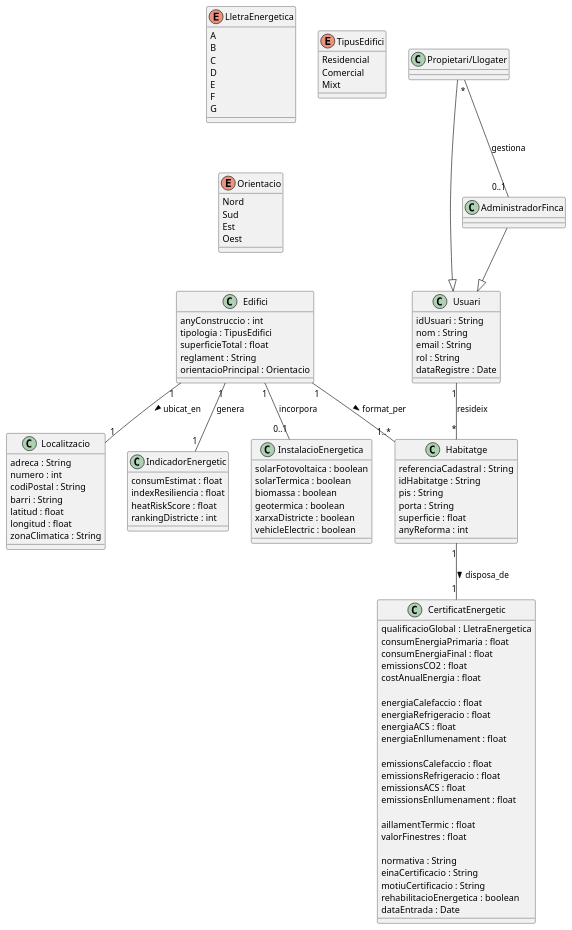
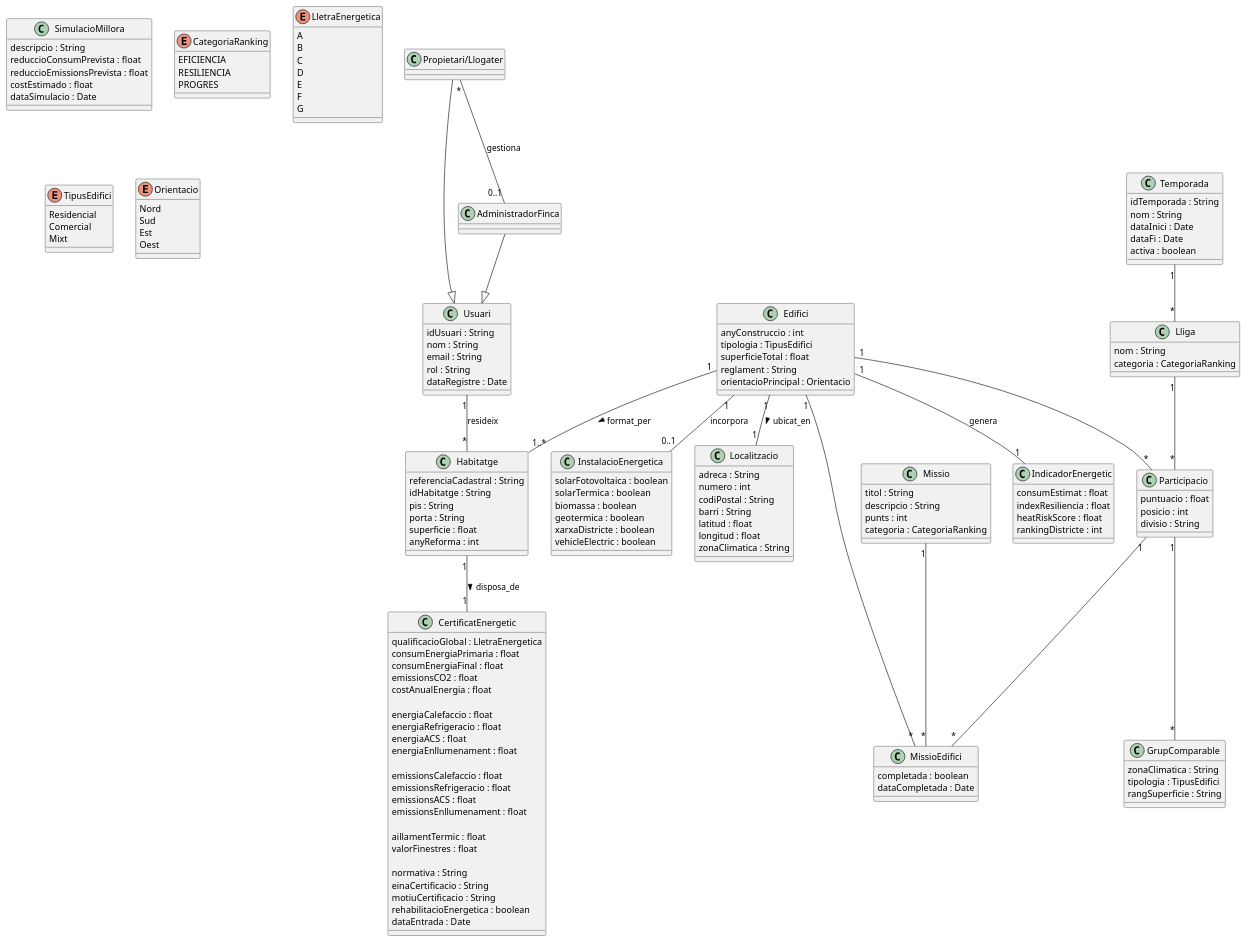
One commit to ScoreLab-Team/Backend-BuildRank changed the diagram in src/diagram.puml. Above: the diagram before and after it, drawn with PlantUML.

Commit message:
Versió 2 UML

```diff
--- a/src/diagram.puml
+++ b/src/diagram.puml
@@ -1,117 +1,176 @@
 @startuml
 
 class Edifici {
     anyConstruccio : int
     tipologia : TipusEdifici
     superficieTotal : float
     reglament : String
     orientacioPrincipal : Orientacio
 }
 
 class Habitatge {
   referenciaCadastral : String
   idHabitatge : String
   pis : String
   porta : String
   superficie : float
   anyReforma : int
 }
 
 class Localitzacio {
   adreca : String
   numero : int
   codiPostal : String
   barri : String
   latitud : float
   longitud : float
   zonaClimatica : String
 }
 class CertificatEnergetic {
     qualificacioGlobal : LletraEnergetica
     consumEnergiaPrimaria : float
     consumEnergiaFinal : float
     emissionsCO2 : float
     costAnualEnergia : float
 
     energiaCalefaccio : float
     energiaRefrigeracio : float
     energiaACS : float
     energiaEnllumenament : float
 
     emissionsCalefaccio : float
     emissionsRefrigeracio : float
     emissionsACS : float
     emissionsEnllumenament : float
 
     aillamentTermic : float
     valorFinestres : float
 
     normativa : String
     einaCertificacio : String
     motiuCertificacio : String
     rehabilitacioEnergetica : boolean
     dataEntrada : Date
 }
 
 class IndicadorEnergetic {
   consumEstimat : float
   indexResiliencia : float
   heatRiskScore : float
   rankingDistricte : int
 }
 
 class Usuari {
   idUsuari : String
   nom : String
   email : String
   rol : String
   dataRegistre : Date
 }
 
 class Propietari/Llogater{}
 class AdministradorFinca{}
 
 class InstalacioEnergetica {
   solarFotovoltaica : boolean
   solarTermica : boolean
   biomassa : boolean
   geotermica : boolean
   xarxaDistricte : boolean
   vehicleElectric : boolean
 }
 
+class Temporada {
+  idTemporada : String
+  nom : String
+  dataInici : Date
+  dataFi : Date
+  activa : boolean
+}
+class Lliga {
+  nom : String
+  categoria : CategoriaRanking
+}
+
+class Participacio {
+  puntuacio : float
+  posicio : int
+  divisio : String
+}
+
+class GrupComparable {
+  zonaClimatica : String
+  tipologia : TipusEdifici
+  rangSuperficie : String
+}
+class Missio {
+  titol : String
+  descripcio : String
+  punts : int
+  categoria : CategoriaRanking
+}
+class MissioEdifici {
+  completada : boolean
+  dataCompletada : Date
+}
+
+class SimulacioMillora {
+  descripcio : String
+  reduccioConsumPrevista : float
+  reduccioEmissionsPrevista : float
+  costEstimado : float
+  dataSimulacio : Date
+}
+
+enum CategoriaRanking {
+  EFICIENCIA
+  RESILIENCIA
+  PROGRES
+}
+
 enum LletraEnergetica {
   A
   B
   C
   D
   E
   F
   G
 }
 
 enum TipusEdifici {
   Residencial
   Comercial
   Mixt
 }
 
 enum Orientacio {
   Nord
   Sud
   Est
   Oest
 }
 
 ' Relacions
 Edifici "1" -- "1" Localitzacio : ubicat_en >
 Edifici "1" -- "1..*" Habitatge : format_per >
 Habitatge "1" -- "1" CertificatEnergetic : disposa_de >
 Edifici "1" -- "1" IndicadorEnergetic : genera
 Usuari "1" -- "*" Habitatge : resideix
 "Propietari/Llogater" "*" -- "0..1" AdministradorFinca : gestiona
 Edifici "1" -- "0..1" InstalacioEnergetica : incorpora
 AdministradorFinca --|> Usuari
 "Propietari/Llogater" --|> Usuari
 
+Temporada "1" -- "*" Lliga
+Lliga "1" -- "*" Participacio
+Edifici "1" -- "*" Participacio
+
+
+Participacio "1" -- "*" GrupComparable
+
+Participacio "1" -- "*" MissioEdifici
+Missio "1" -- "*" MissioEdifici
+Edifici "1" -- "*" MissioEdifici
+
 @enduml
```
